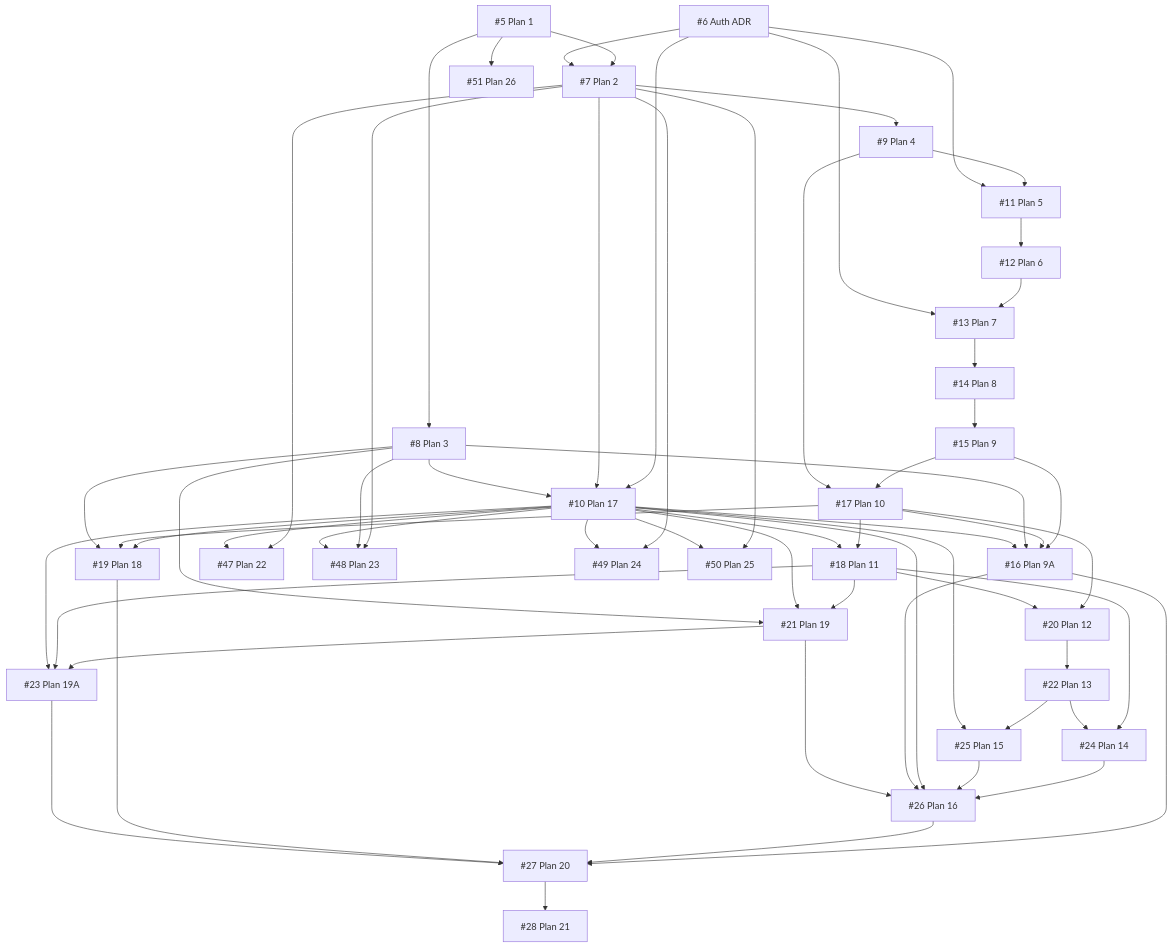
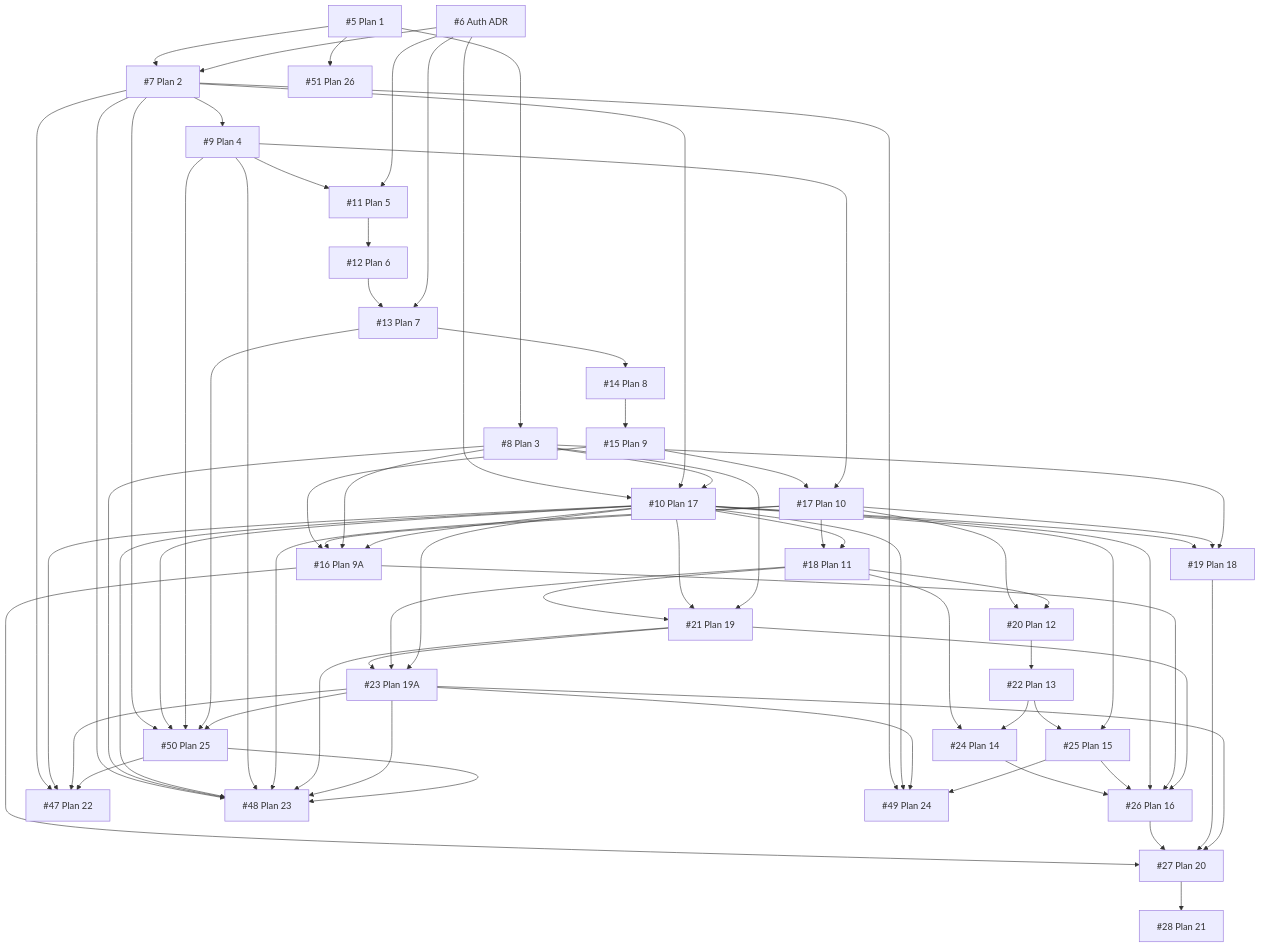
The diagram in docs/INITIAL_ISSUES.md (TomokiAkiyama06/server-sentinel), drawn with Mermaid before and after one commit. The commit also changed other lines of this file, not shown here.

````diff
--- a/docs/INITIAL_ISSUES.md
+++ b/docs/INITIAL_ISSUES.md
@@ -141,12 +141,24 @@
   i27 --> i28
   i7 --> i47
   i10 --> i47
+  i23 --> i47
+  i50 --> i47
   i7 --> i48
   i8 --> i48
   i10 --> i48
+  i9 --> i48
+  i17 --> i48
+  i21 --> i48
+  i23 --> i48
+  i50 --> i48
   i7 --> i49
   i10 --> i49
+  i23 --> i49
+  i25 --> i49
   i7 --> i50
   i10 --> i50
+  i9 --> i50
+  i13 --> i50
+  i23 --> i50
   i5 --> i51
 ```
````
